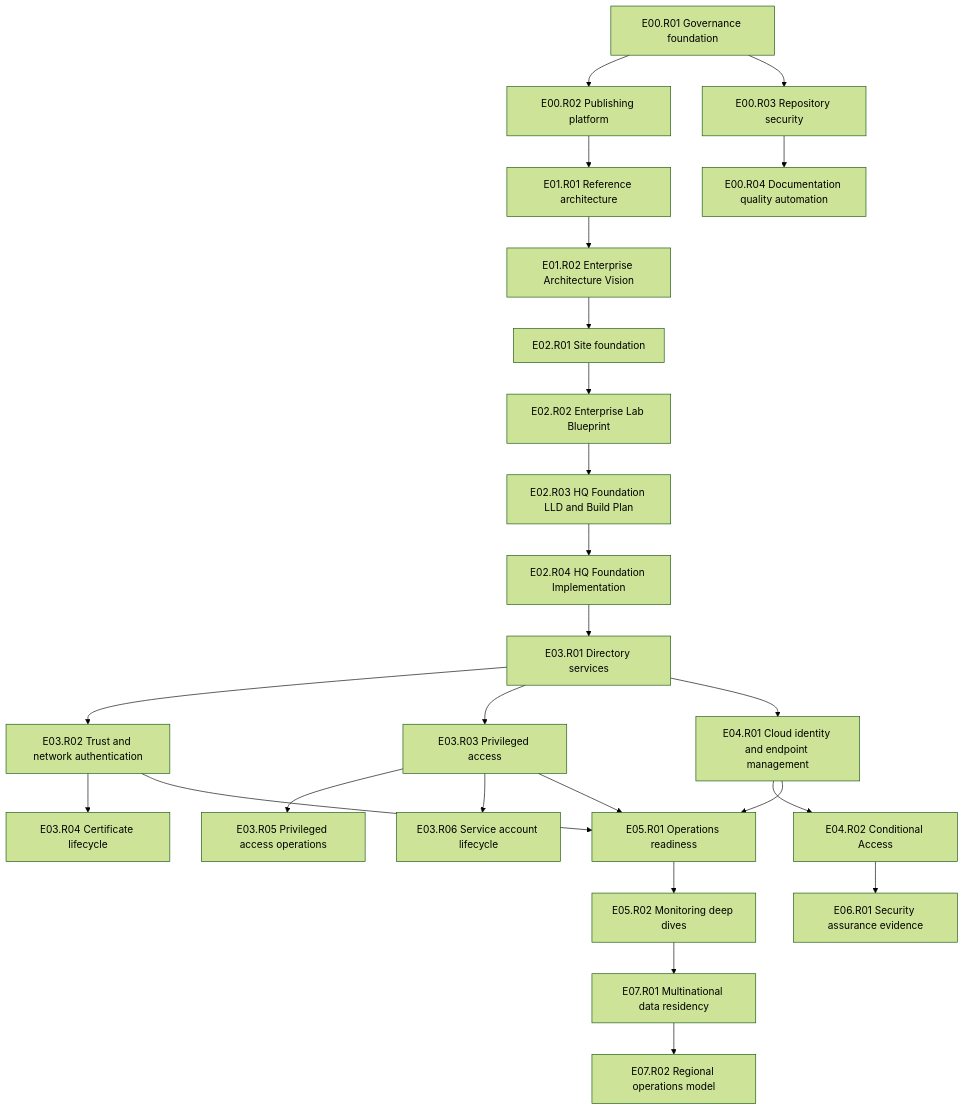
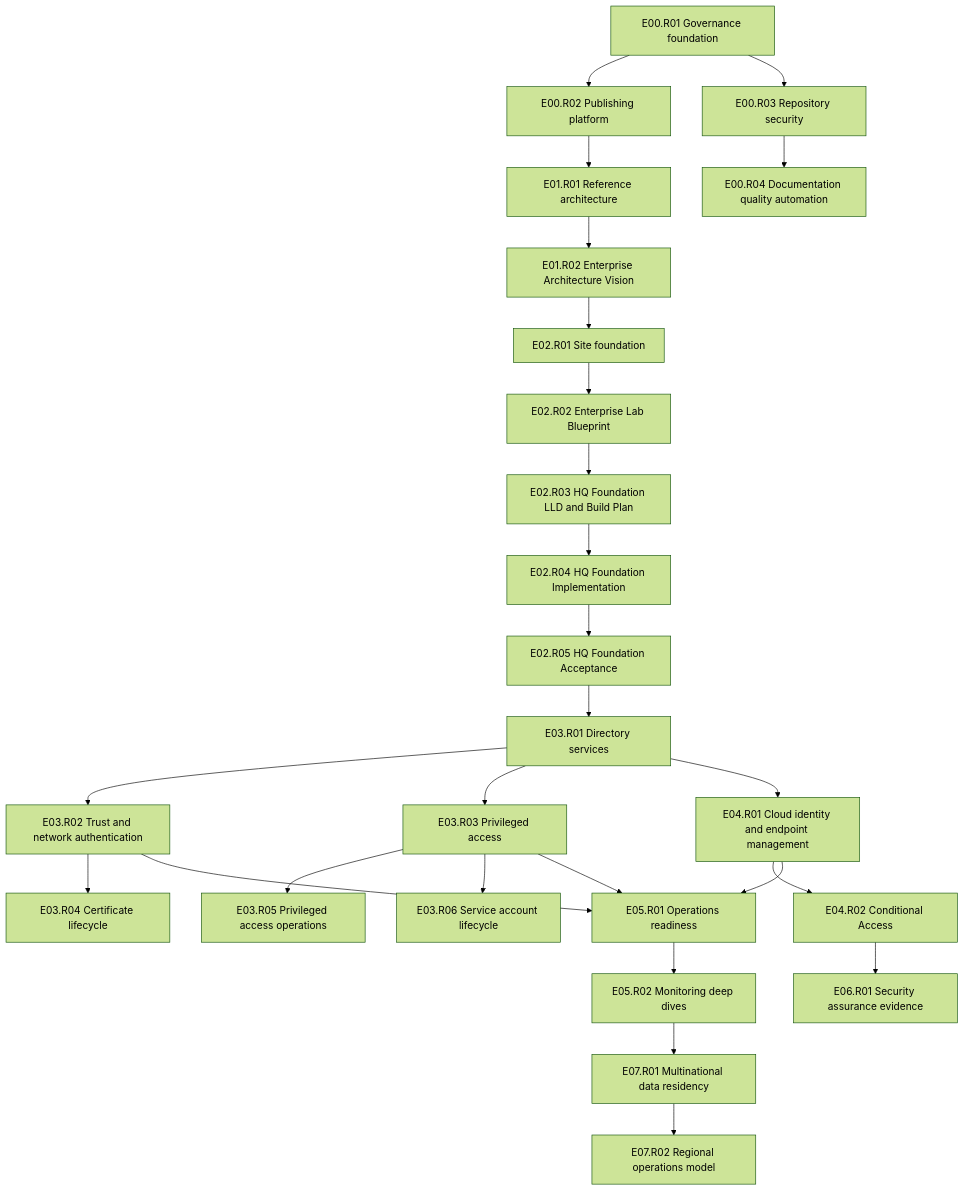
Before and after one commit to gntech-dev/geil-enterprise-docs: the second of 3 diagrams in docs/project/epic-release-architecture.md, drawn with Mermaid (forest theme). The commit also changed other lines of this file and 9 other files, not shown here.

Commit message:
docs: add hq foundation acceptance package

````diff
--- a/docs/project/epic-release-architecture.md
+++ b/docs/project/epic-release-architecture.md
@@ -87,42 +87,43 @@
 ```mermaid
 flowchart TD
     R001[E00.R01 Governance foundation]
     R002[E00.R02 Publishing platform]
     R101[E01.R01 Reference architecture]
     R102[E01.R02 Enterprise Architecture Vision]
     R201[E02.R01 Site foundation]
     R202[E02.R02 Enterprise Lab Blueprint]
     R203[E02.R03 HQ Foundation LLD and Build Plan]
     R204[E02.R04 HQ Foundation Implementation]
+    R205[E02.R05 HQ Foundation Acceptance]
     R301[E03.R01 Directory services]
     R302[E03.R02 Trust and network authentication]
     R303[E03.R03 Privileged access]
     R401[E04.R01 Cloud identity and endpoint management]
     R501[E05.R01 Operations readiness]
     R304[E03.R04 Certificate lifecycle]
     R402[E04.R02 Conditional Access]
     R305[E03.R05 Privileged access operations]
     R306[E03.R06 Service account lifecycle]
     R003[E00.R03 Repository security]
     R004[E00.R04 Documentation quality automation]
     R701[E07.R01 Multinational data residency]
     R502[E05.R02 Monitoring deep dives]
     R601[E06.R01 Security assurance evidence]
     R702[E07.R02 Regional operations model]
 
-    R001 --> R002 --> R101 --> R102 --> R201 --> R202 --> R203 --> R204 --> R301
+    R001 --> R002 --> R101 --> R102 --> R201 --> R202 --> R203 --> R204 --> R205 --> R301
     R301 --> R302
     R301 --> R303
     R302 --> R304
     R303 --> R305
     R303 --> R306
     R301 --> R401
     R401 --> R402
     R302 --> R501
     R303 --> R501
     R401 --> R501
     R001 --> R003 --> R004
     R501 --> R502
     R402 --> R601
     R502 --> R701 --> R702
 ```
````
